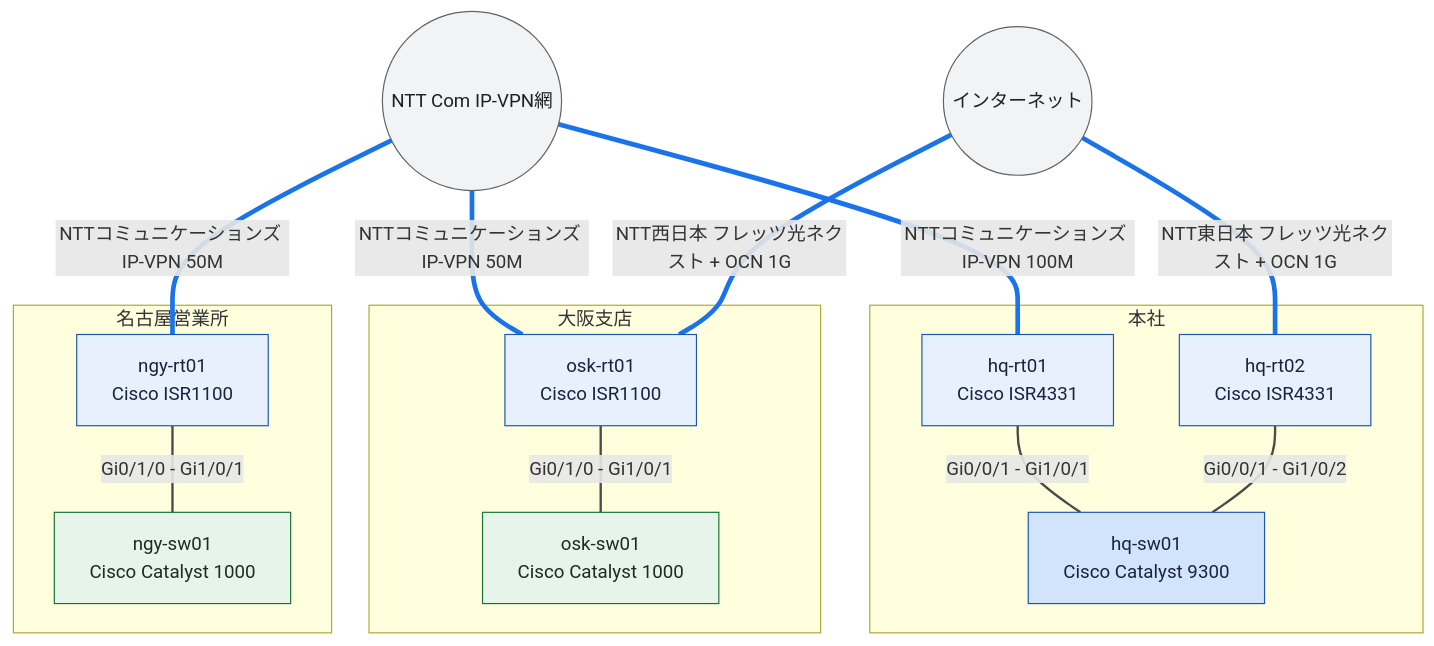
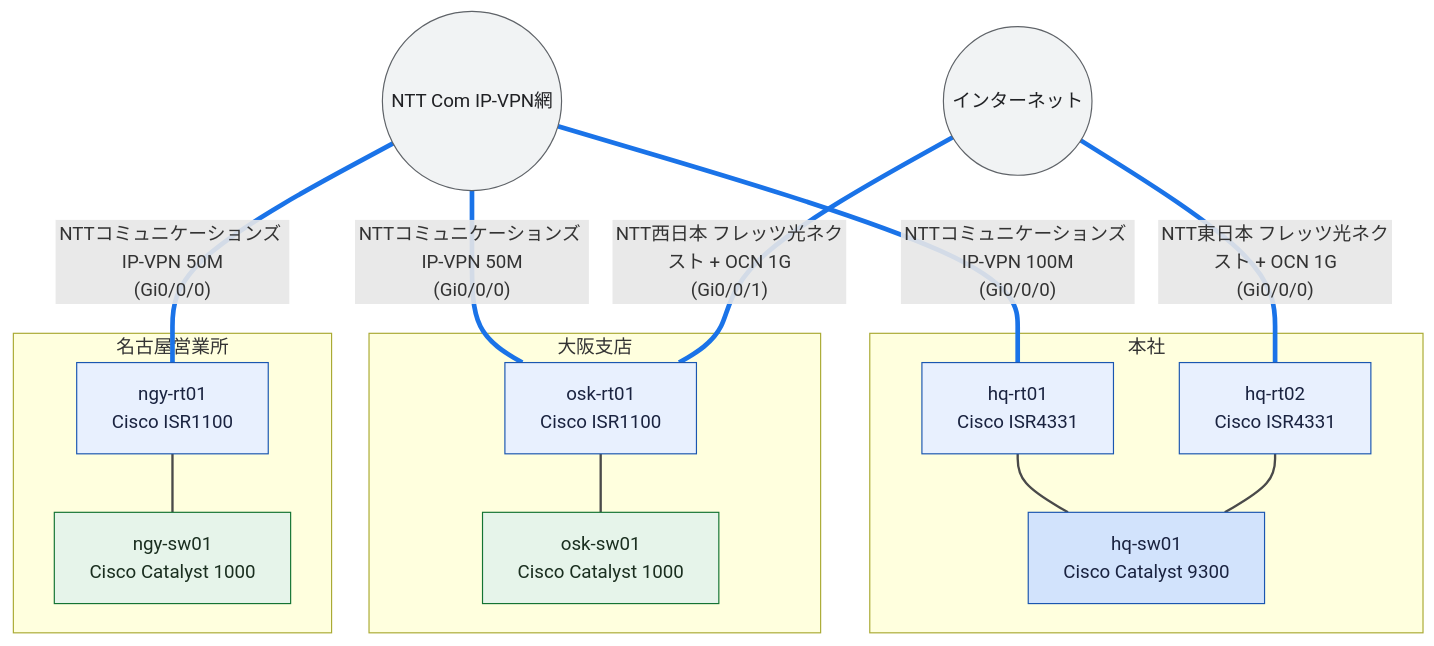
The diagram in examples/sample-corp/generated/physical-all.mmd (thinas1115/nwdsl), drawn with Mermaid before and after one commit. The commit also changed 27 other files, not shown here.

First line of the commit message:
fix: 構成図のラベル衝突を根絶 (タイトル退避・IFラベル分散・ノード幅自動拡張)

```diff
--- a/examples/sample-corp/generated/physical-all.mmd
+++ b/examples/sample-corp/generated/physical-all.mmd
@@ -1,42 +1,42 @@
 flowchart TB
   subgraph sg_hq["本社"]
     hq_rt01["hq-rt01<br>Cisco ISR4331"]
     hq_sw01["hq-sw01<br>Cisco Catalyst 9300"]
     hq_rt02["hq-rt02<br>Cisco ISR4331"]
   end
   subgraph sg_osk["大阪支店"]
     osk_rt01["osk-rt01<br>Cisco ISR1100"]
     osk_sw01["osk-sw01<br>Cisco Catalyst 1000"]
   end
   subgraph sg_ngy["名古屋営業所"]
     ngy_rt01["ngy-rt01<br>Cisco ISR1100"]
     ngy_sw01["ngy-sw01<br>Cisco Catalyst 1000"]
   end
   ipvpn(("NTT Com IP-VPN網"))
   internet(("インターネット"))
-  hq_rt01 ---|"Gi0/0/1 - Gi1/0/1"| hq_sw01
-  hq_rt02 ---|"Gi0/0/1 - Gi1/0/2"| hq_sw01
-  osk_rt01 ---|"Gi0/1/0 - Gi1/0/1"| osk_sw01
-  ngy_rt01 ---|"Gi0/1/0 - Gi1/0/1"| ngy_sw01
-  ipvpn ---|"NTTコミュニケーションズ IP-VPN 100M"| hq_rt01
-  ipvpn ---|"NTTコミュニケーションズ IP-VPN 50M"| osk_rt01
-  ipvpn ---|"NTTコミュニケーションズ IP-VPN 50M"| ngy_rt01
-  internet ---|"NTT東日本 フレッツ光ネクスト + OCN 1G"| hq_rt02
-  internet ---|"NTT西日本 フレッツ光ネクスト + OCN 1G"| osk_rt01
+  hq_rt01 --- hq_sw01
+  hq_rt02 --- hq_sw01
+  osk_rt01 --- osk_sw01
+  ngy_rt01 --- ngy_sw01
+  ipvpn ---|"NTTコミュニケーションズ IP-VPN 100M<br>(Gi0/0/0)"| hq_rt01
+  ipvpn ---|"NTTコミュニケーションズ IP-VPN 50M<br>(Gi0/0/0)"| osk_rt01
+  ipvpn ---|"NTTコミュニケーションズ IP-VPN 50M<br>(Gi0/0/0)"| ngy_rt01
+  internet ---|"NTT東日本 フレッツ光ネクスト + OCN 1G<br>(Gi0/0/0)"| hq_rt02
+  internet ---|"NTT西日本 フレッツ光ネクスト + OCN 1G<br>(Gi0/0/1)"| osk_rt01
 
   classDef node_dim fill:#f8f9fa,stroke:#dadce0,color:#bdc1c6
   classDef node_failed fill:#fce8e6,stroke:#c5221f,color:#3c1a19
   classDef role_router fill:#e8f0fe,stroke:#1a56b0,color:#1a2340
   classDef role_l3switch fill:#d2e3fc,stroke:#1a56b0,color:#1a2340
   classDef role_l2switch fill:#e6f4ea,stroke:#137333,color:#1a2e1f
   classDef role_firewall fill:#fce8e6,stroke:#c5221f,color:#3c1a19
   classDef role_other fill:#f1f3f4,stroke:#5f6368,color:#202124
   classDef node_cloud fill:#f1f3f4,stroke:#5f6368,color:#202124
   classDef node_site fill:#fff8e1,stroke:#b58105,color:#4a3a08
   classDef node_external fill:#ffffff,stroke:#9aa0a6,stroke-dasharray:3 3,color:#5f6368
   class hq_rt01,hq_rt02,osk_rt01,ngy_rt01 role_router
   class hq_sw01 role_l3switch
   class osk_sw01,ngy_sw01 role_l2switch
   class ipvpn,internet node_cloud
   linkStyle 0,1,2,3 stroke:#4a4a4a,stroke-width:2px
   linkStyle 4,5,6,7,8 stroke:#1a73e8,stroke-width:4px
```
